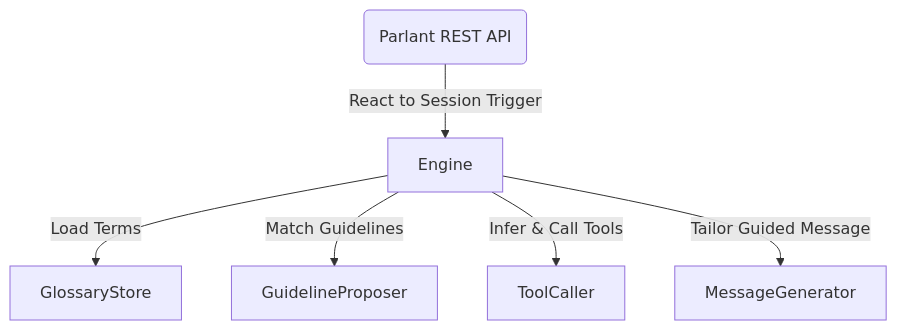
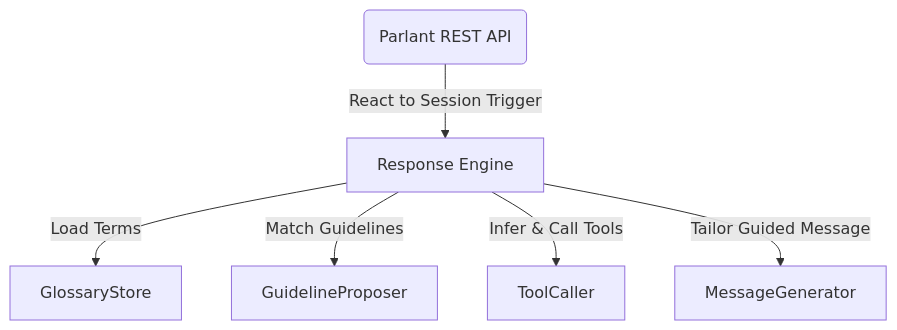
One commit to jmanhype/parlant changed the diagram in README.md. Above: the diagram before and after it, drawn with Mermaid.

````diff
--- a/README.md
+++ b/README.md
@@ -31,8 +31,8 @@
 ```mermaid
 graph TD
-    API(Parlant REST API) -->|React to Session Trigger| Engine
+    API(Parlant REST API) -->|React to Session Trigger| Engine[Response Engine]
     Engine -->|Load Terms| GlossaryStore
     Engine -->|Match Guidelines| GuidelineProposer
     Engine -->|Infer & Call Tools| ToolCaller
     Engine -->|Tailor Guided Message| MessageGenerator
 ```
````
